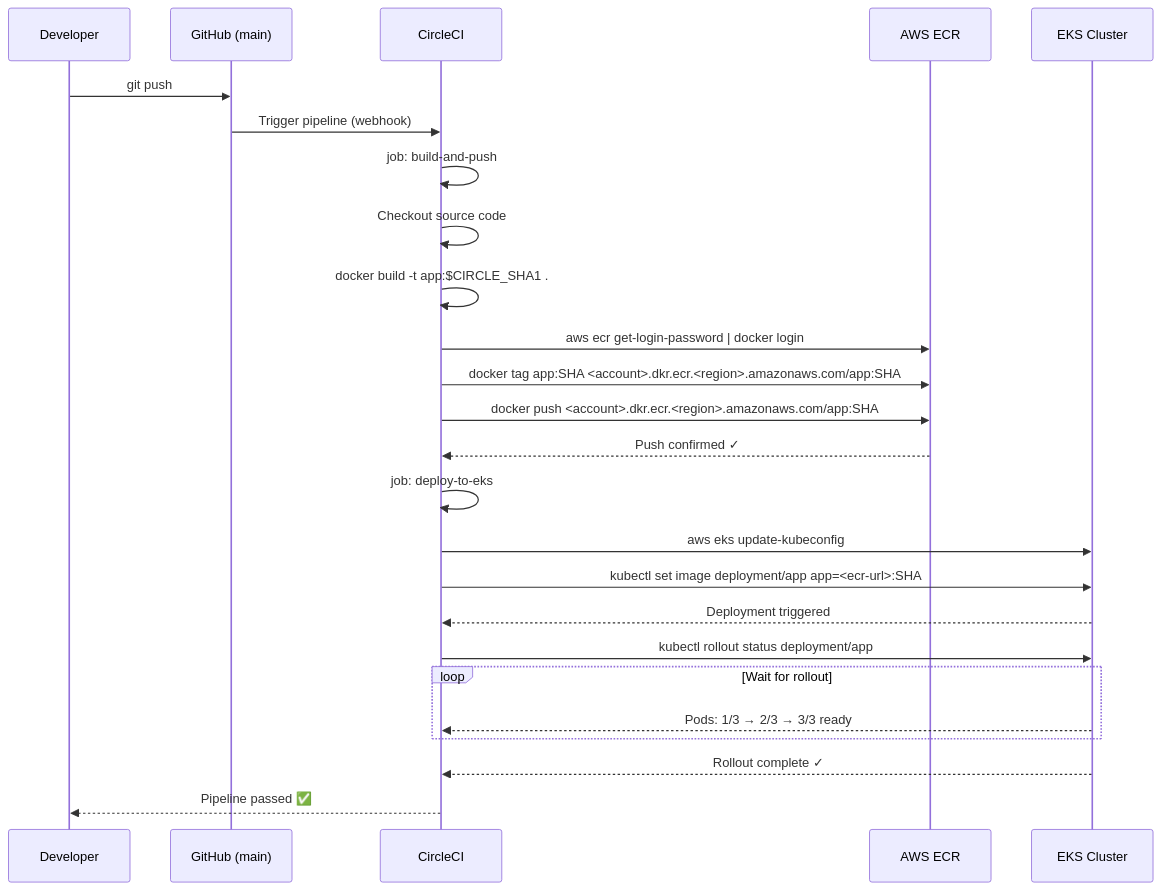
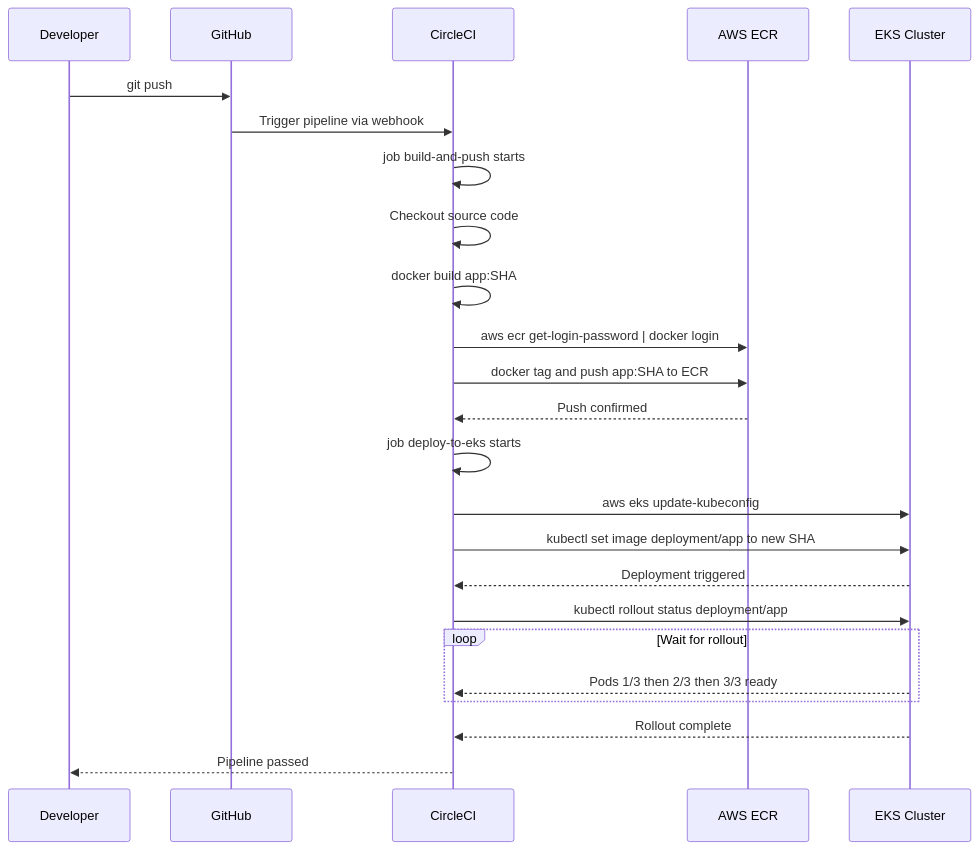
One commit to BaluRaut/eks-nodejs-python-database changed the second of 8 diagrams in SEQUENCE_DIAGRAMS.md. Above: the diagram before and after it, drawn with Mermaid. The commit also changed other lines of this file and 1 other file, not shown here.

First line of the commit message:
Fix sequence diagrams and isolate Mermaid render errors

````diff
--- a/SEQUENCE_DIAGRAMS.md
+++ b/SEQUENCE_DIAGRAMS.md
@@ -51,33 +51,32 @@
 ```mermaid
 sequenceDiagram
     participant Dev as Developer
-    participant GH as GitHub (main)
+    participant GH as GitHub
     participant CI as CircleCI
     participant ECR as AWS ECR
     participant EKS as EKS Cluster
 
     Dev->>GH: git push
 
-    GH->>CI: Trigger pipeline (webhook)
+    GH->>CI: Trigger pipeline via webhook
 
-    CI->>CI: job: build-and-push
+    CI->>CI: job build-and-push starts
     CI->>CI: Checkout source code
-    CI->>CI: docker build -t app:$CIRCLE_SHA1 .
+    CI->>CI: docker build app:SHA
 
     CI->>ECR: aws ecr get-login-password | docker login
-    CI->>ECR: docker tag app:SHA <account>.dkr.ecr.<region>.amazonaws.com/app:SHA
-    CI->>ECR: docker push <account>.dkr.ecr.<region>.amazonaws.com/app:SHA
-    ECR-->>CI: Push confirmed ✓
+    CI->>ECR: docker tag and push app:SHA to ECR
+    ECR-->>CI: Push confirmed
 
-    CI->>CI: job: deploy-to-eks
+    CI->>CI: job deploy-to-eks starts
     CI->>EKS: aws eks update-kubeconfig
-    CI->>EKS: kubectl set image deployment/app app=<ecr-url>:SHA
+    CI->>EKS: kubectl set image deployment/app to new SHA
     EKS-->>CI: Deployment triggered
 
     CI->>EKS: kubectl rollout status deployment/app
     loop Wait for rollout
-        EKS-->>CI: Pods: 1/3 → 2/3 → 3/3 ready
+        EKS-->>CI: Pods 1/3 then 2/3 then 3/3 ready
     end
-    EKS-->>CI: Rollout complete ✓
-    CI-->>Dev: Pipeline passed ✅
+    EKS-->>CI: Rollout complete
+    CI-->>Dev: Pipeline passed
 ```
````
